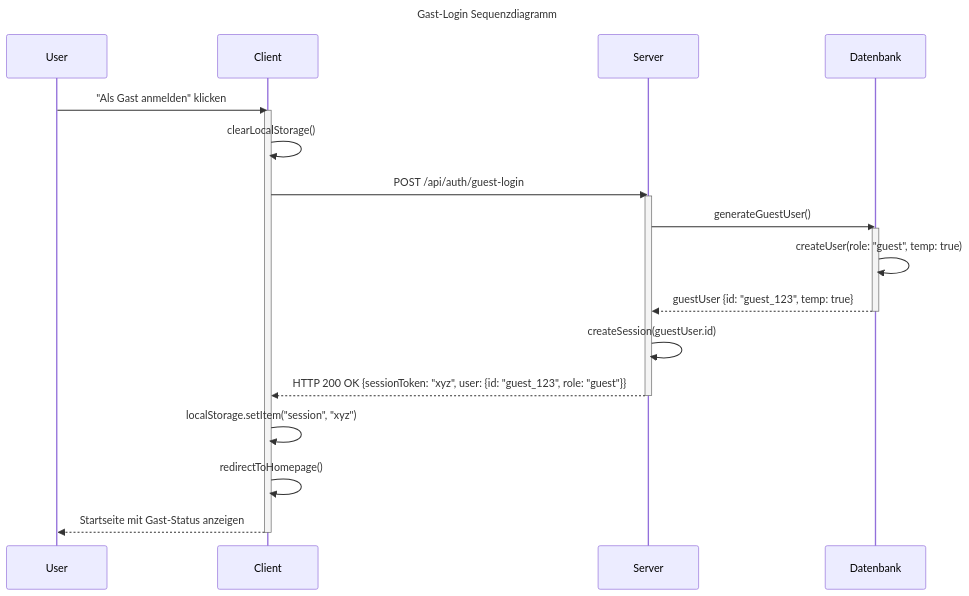
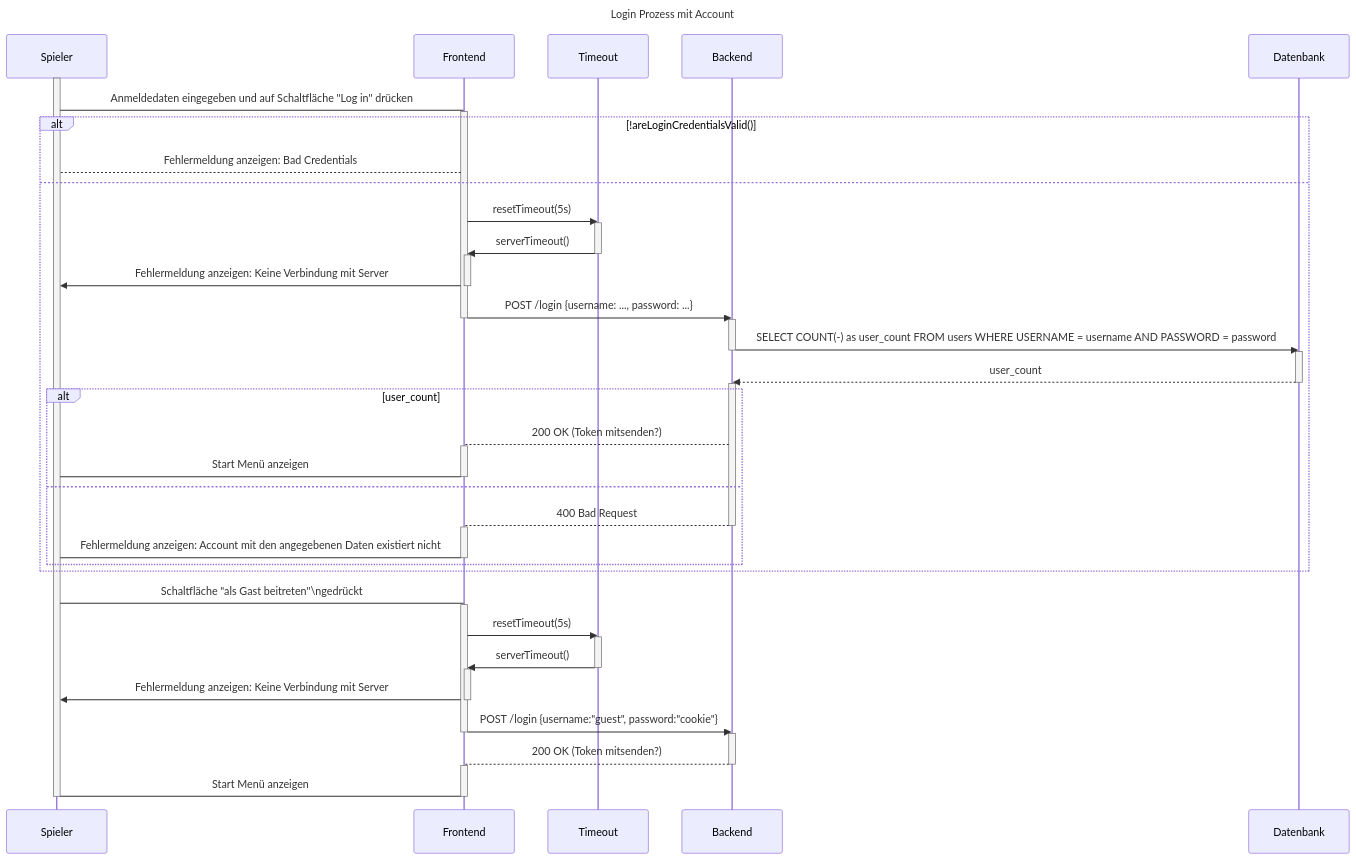
The diagram in srs/account_management/gast_login/gast_login.md (Hexfields-Studio/HexfieldsDominion-Artefacts), drawn with Mermaid before and after one commit. The commit also changed other lines of this file and 4 other files, not shown here.

````diff
--- a/srs/account_management/gast_login/gast_login.md
+++ b/srs/account_management/gast_login/gast_login.md
@@ -28,31 +34,71 @@
 ```mermaid
 sequenceDiagram
-    title Gast-Login Sequenzdiagramm
+# Login Sequence Diagram
 
-    participant User
-    participant Client
-    participant Server
-    participant Datenbank
+title Login Prozess mit Account
 
-    User->>Client: "Als Gast anmelden" klicken
-    activate Client
-    Client->>Client: clearLocalStorage()
-    
-    Client->>Server: POST /api/auth/guest-login
-    activate Server
-    
-    Server->>Datenbank: generateGuestUser()
-    activate Datenbank
-    Datenbank->>Datenbank: createUser(role: "guest", temp: true)
-    Datenbank-->>Server: guestUser {id: "guest_123", temp: true}
-    deactivate Datenbank
-    
-    Server->>Server: createSession(guestUser.id)
-    Server-->>Client: HTTP 200 OK {sessionToken: "xyz", user: {id: "guest_123", role: "guest"}}
-    deactivate Server
-    
-    Client->>Client: localStorage.setItem("session", "xyz")
-    Client->>Client: redirectToHomepage()
-    Client-->>User: Startseite mit Gast-Status anzeigen
-    deactivate Client
+participant Spieler
+participant Frontend
+participant Timeout
+participant Backend
+participant Datenbank
+
+activate Spieler
+Spieler->Frontend:Anmeldedaten eingegeben und auf Schaltfläche "Log in" drücken
+activate Frontend
+alt !areLoginCredentialsValid()
+Frontend-->Spieler:Fehlermeldung anzeigen: Bad Credentials
+else 
+Frontend->>Timeout: resetTimeout(5s)
+activate Timeout
+  Timeout->>Frontend: serverTimeout()
+deactivate Timeout
+activate Frontend
+  Frontend->>Spieler: Fehlermeldung anzeigen: Keine Verbindung mit Server
+deactivate Frontend
+
+Frontend->>Backend:POST /login {username: ..., password: ...}
+deactivate Frontend
+activate Backend
+  Backend->>Datenbank:SELECT COUNT(-) as user_count FROM users WHERE USERNAME = username AND PASSWORD = password;
+deactivate Backend
+activate Datenbank
+
+
+Datenbank-->>Backend:user_count
+deactivate Datenbank
+activate Backend
+alt user_count
+Backend-->Frontend:200 OK (Token mitsenden?)
+activate Frontend
+  Frontend->Spieler:Start Menü anzeigen
+deactivate Frontend
+else
+Backend-->Frontend:400 Bad Request
+deactivate Backend
+activate Frontend
+Frontend->Spieler:Fehlermeldung anzeigen: Account mit den angegebenen Daten existiert nicht
+deactivate Frontend
+
+end
+end
+
+Spieler->Frontend:Schaltfläche "als Gast beitreten"\ngedrückt
+activate Frontend
+  Frontend->>Timeout: resetTimeout(5s)
+  activate Timeout
+    Timeout->>Frontend: serverTimeout()
+  deactivate Timeout
+  activate Frontend
+    Frontend->>Spieler: Fehlermeldung anzeigen: Keine Verbindung mit Server
+  deactivate Frontend
+  Frontend->>Backend:POST /login {username:"guest", password:"cookie"}
+  deactivate Frontend
+  activate Backend
+    Backend-->Frontend: 200 OK (Token mitsenden?)
+  deactivate Backend
+  activate Frontend
+  Frontend->Spieler: Start Menü anzeigen
+  deactivate Frontend
+deactivate Spieler
 ```
````
